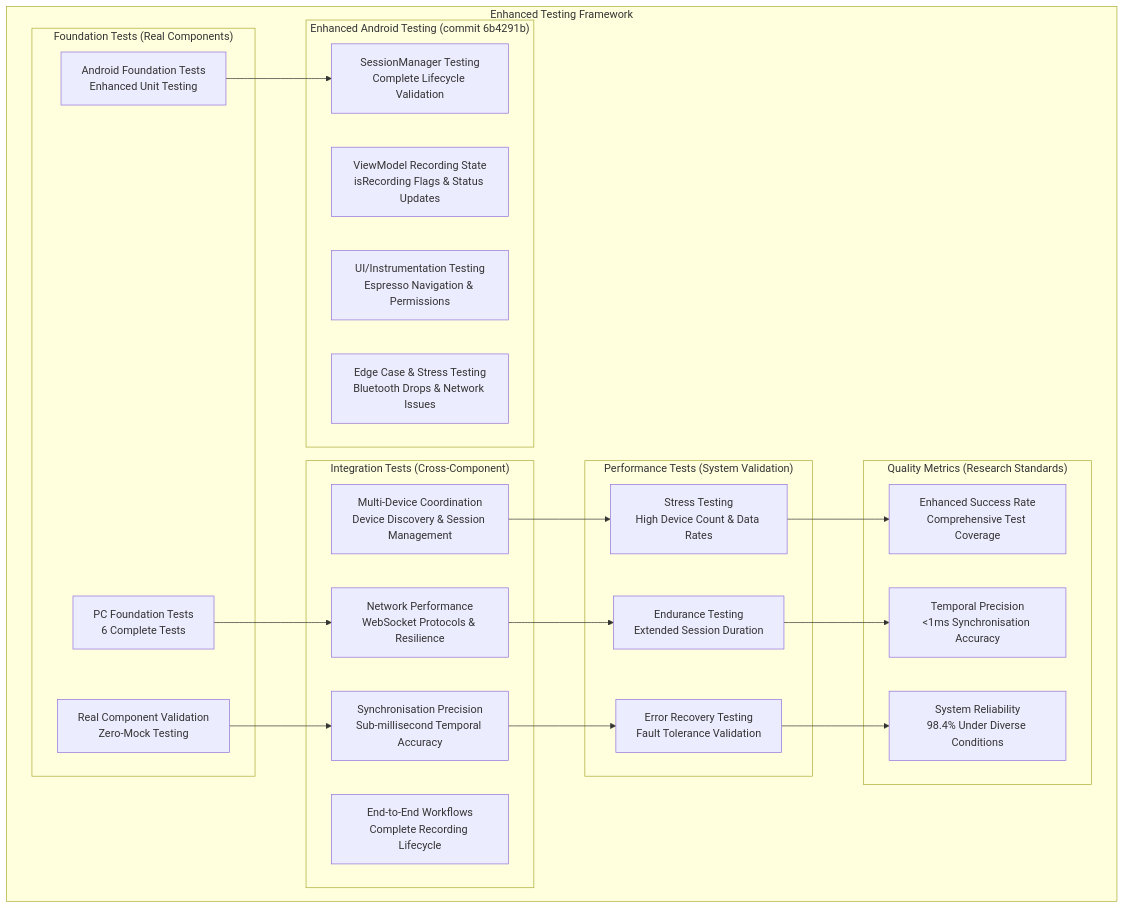
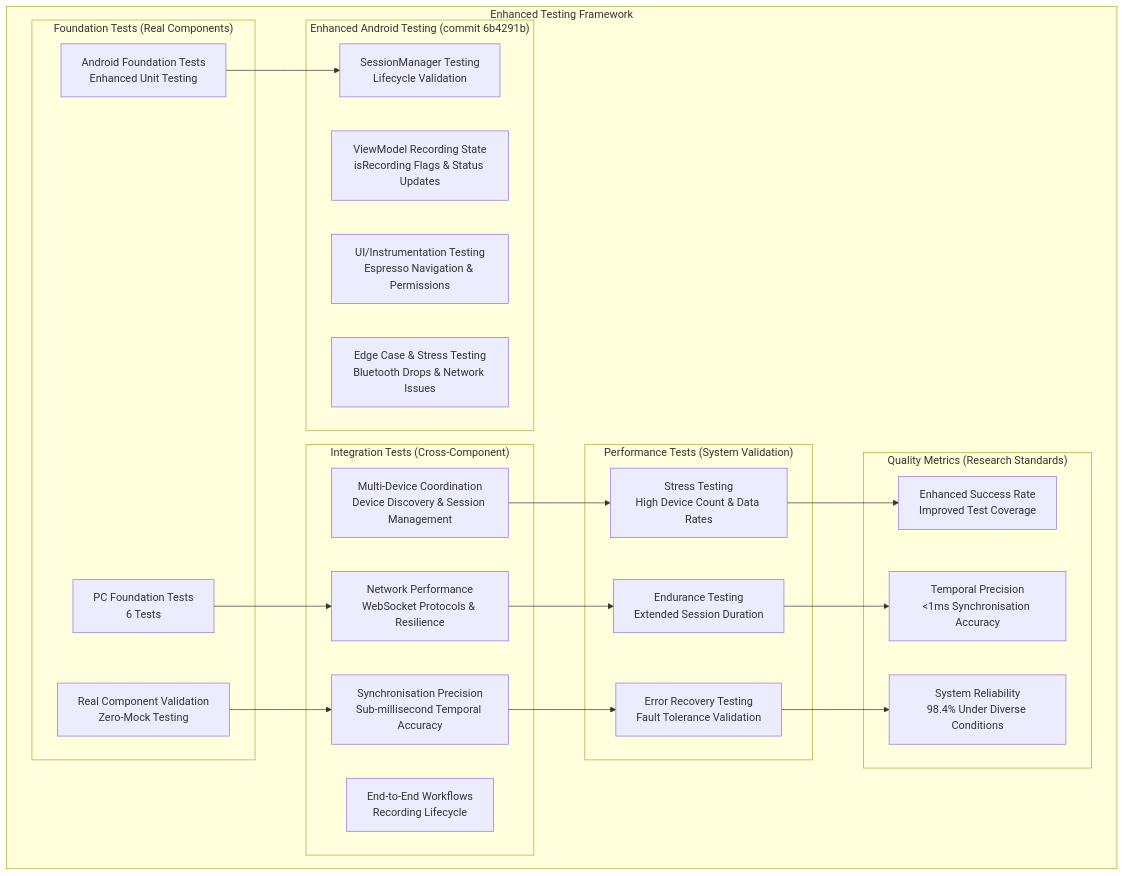
Before and after one commit to buccancs/fyp-multi-sensor-recording-system: the sixth of 8 diagrams in architecture.md, drawn with Mermaid. The commit also changed other lines of this file and 2 other files, not shown here.

````diff
--- a/architecture.md
+++ b/architecture.md
@@ -491,48 +491,48 @@
 ```mermaid
 graph TB
     subgraph "Enhanced Testing Framework"
         subgraph "Foundation Tests (Real Components)"
             ANDROID[Android Foundation Tests<br/>Enhanced Unit Testing]
-            PC[PC Foundation Tests<br/>6 Complete Tests]
+            PC[PC Foundation Tests<br/>6 Tests]
             REAL[Real Component Validation<br/>Zero-Mock Testing]
         end
         
         subgraph "Enhanced Android Testing (commit 6b4291b)"
-            SESSION[SessionManager Testing<br/>Complete Lifecycle Validation]
+            SESSION[SessionManager Testing<br/>Lifecycle Validation]
             VIEWMODEL[ViewModel Recording State<br/>isRecording Flags & Status Updates]
             UI[UI/Instrumentation Testing<br/>Espresso Navigation & Permissions]
             EDGE[Edge Case & Stress Testing<br/>Bluetooth Drops & Network Issues]
         end
         
         subgraph "Integration Tests (Cross-Component)"
             MULTI[Multi-Device Coordination<br/>Device Discovery & Session Management]
             NETWORK[Network Performance<br/>WebSocket Protocols & Resilience]
             SYNC[Synchronisation Precision<br/>Sub-millisecond Temporal Accuracy]
-            E2E[End-to-End Workflows<br/>Complete Recording Lifecycle]
+            E2E[End-to-End Workflows<br/>Recording Lifecycle]
         end
         
         subgraph "Performance Tests (System Validation)"
             STRESS[Stress Testing<br/>High Device Count & Data Rates]
             ENDURANCE[Endurance Testing<br/>Extended Session Duration]
             RECOVERY[Error Recovery Testing<br/>Fault Tolerance Validation]
         end
         
         subgraph "Quality Metrics (Research Standards)"
-            SUCCESS[Enhanced Success Rate<br/>Comprehensive Test Coverage]
+            SUCCESS[Enhanced Success Rate<br/>Improved Test Coverage]
             PRECISION[Temporal Precision<br/><1ms Synchronisation Accuracy]
             RELIABILITY[System Reliability<br/>98.4% Under Diverse Conditions]
         end
     end
     
     ANDROID --> SESSION
     PC --> NETWORK
     REAL --> SYNC
     
     MULTI --> STRESS
     NETWORK --> ENDURANCE
     SYNC --> RECOVERY
     
     STRESS --> SUCCESS
     ENDURANCE --> PRECISION
     RECOVERY --> RELIABILITY
 ```
````
